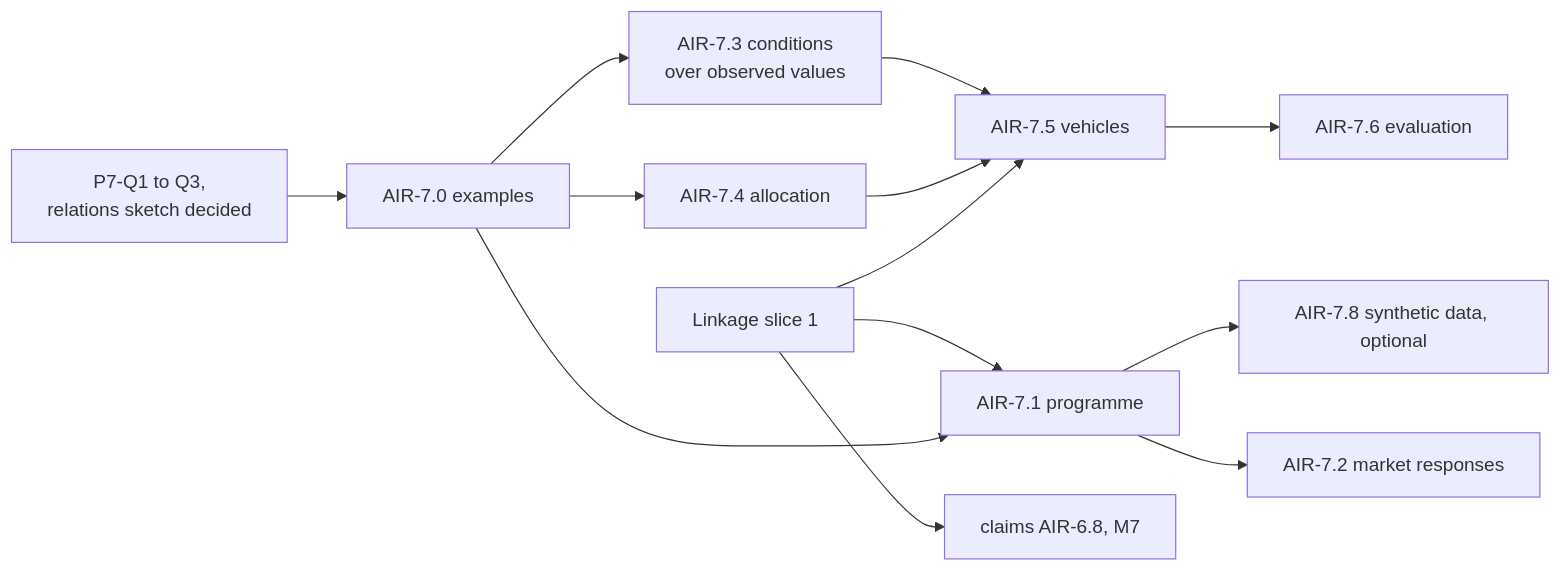
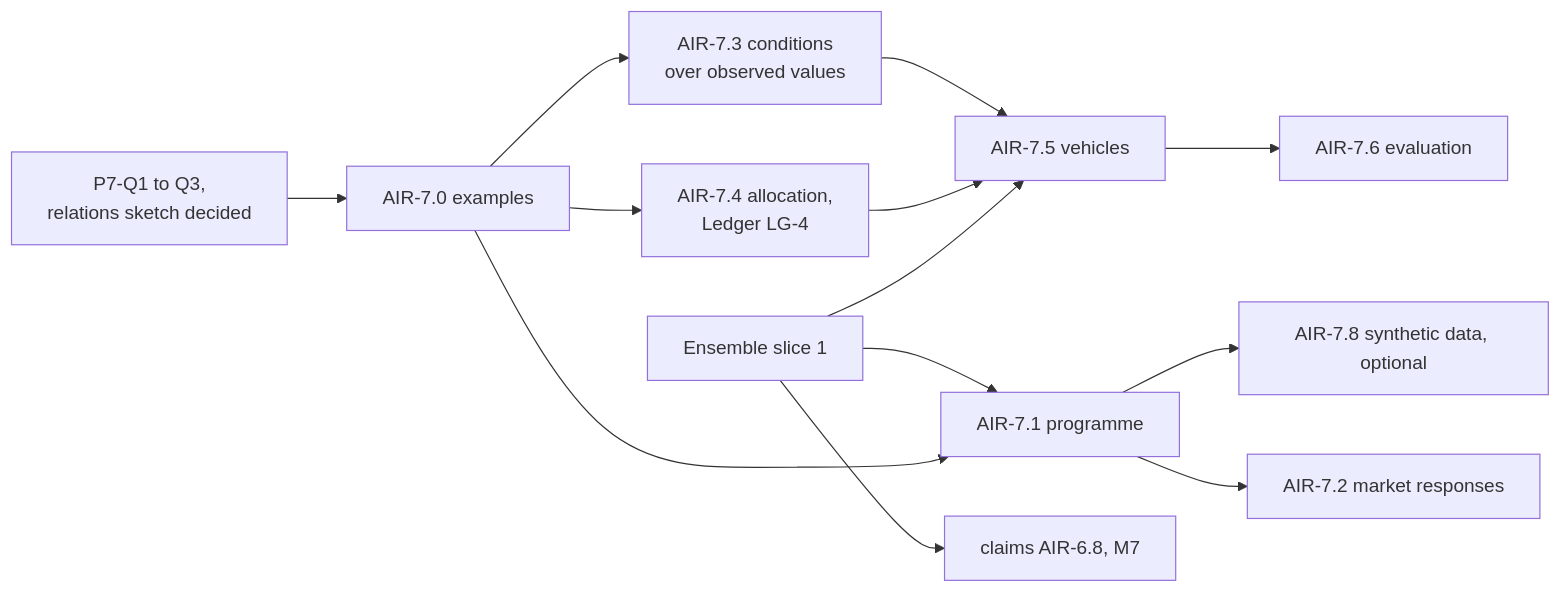
One commit to nebularis/lattice changed the diagram in docs/developer/plans/applied-insurance-reference-phase-7.md. Above: the diagram before and after it, drawn with Mermaid. The commit also changed other lines of this file and 13 other files, not shown here.

````diff
--- a/docs/developer/plans/applied-insurance-reference-phase-7.md
+++ b/docs/developer/plans/applied-insurance-reference-phase-7.md
@@ -58,14 +58,14 @@
 ```mermaid
 flowchart LR
   Q["P7-Q1 to Q3,<br/>relations sketch decided"] --> A0["AIR-7.0 examples"]
-  LNK["Linkage slice 1"] --> A1["AIR-7.1 programme"]
+  ENS["Ensemble slice 1"] --> A1["AIR-7.1 programme"]
   A0 --> A1 --> A2["AIR-7.2 market responses"]
   A0 --> A3["AIR-7.3 conditions<br/>over observed values"]
-  A0 --> A4["AIR-7.4 allocation"]
+  A0 --> A4["AIR-7.4 allocation,<br/>Ledger LG-4"]
   A3 --> A5["AIR-7.5 vehicles"]
   A4 --> A5
-  LNK --> A5
+  ENS --> A5
   A5 --> A6["AIR-7.6 evaluation"]
   A1 --> A8["AIR-7.8 synthetic data, optional"]
-  LNK --> C68["claims AIR-6.8, M7"]
+  ENS --> C68["claims AIR-6.8, M7"]
 ```
````
